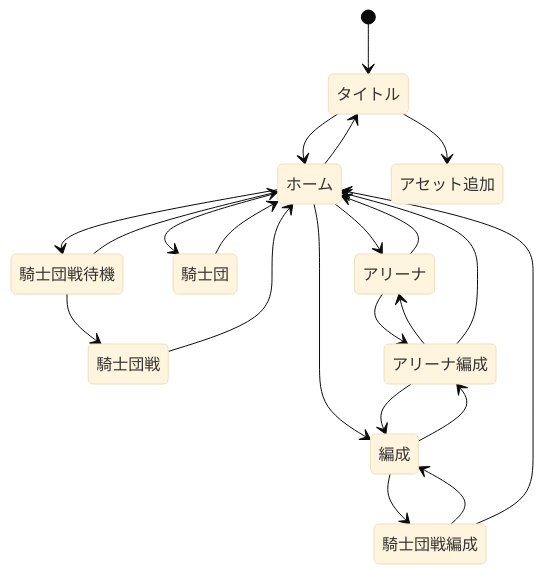
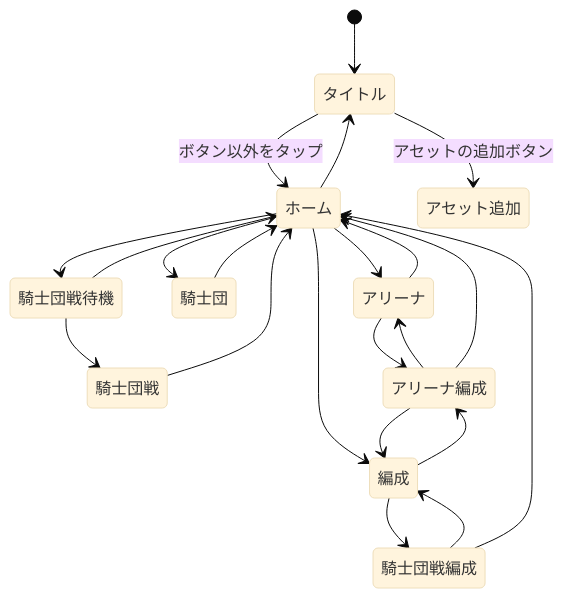
Before and after one commit to ReHydrangeaOdyssey/Specifications: the diagram in design/client/scene_transition.md, drawn with Mermaid (base theme). The commit also changed other lines of this file and 9 other files, not shown here.

````diff
--- a/design/client/scene_transition.md
+++ b/design/client/scene_transition.md
@@ -5,28 +5,28 @@
 ```mermaid
 stateDiagram-v2
     [*] --> タイトル
-    タイトル --> ホーム
-    タイトル --> アセット追加
+    タイトル --> ホーム: ボタン以外をタップ
+    タイトル --> アセット追加: アセットの追加ボタン
     ホーム --> タイトル
     ホーム --> 騎士団戦待機
     ホーム --> 騎士団
     ホーム --> アリーナ
     ホーム --> 編成
 
     アリーナ --> ホーム
     騎士団 --> ホーム
     騎士団戦 --> ホーム
 
     騎士団戦待機  --> 騎士団戦
     騎士団戦待機 --> ホーム
 
     編成 --> 騎士団戦編成
     騎士団戦編成 --> 編成
     騎士団戦編成 --> ホーム
 
     編成 --> アリーナ編成
     アリーナ編成 --> 編成
     アリーナ編成 --> アリーナ
     アリーナ編成 --> ホーム
     アリーナ --> アリーナ編成
 ```
````
